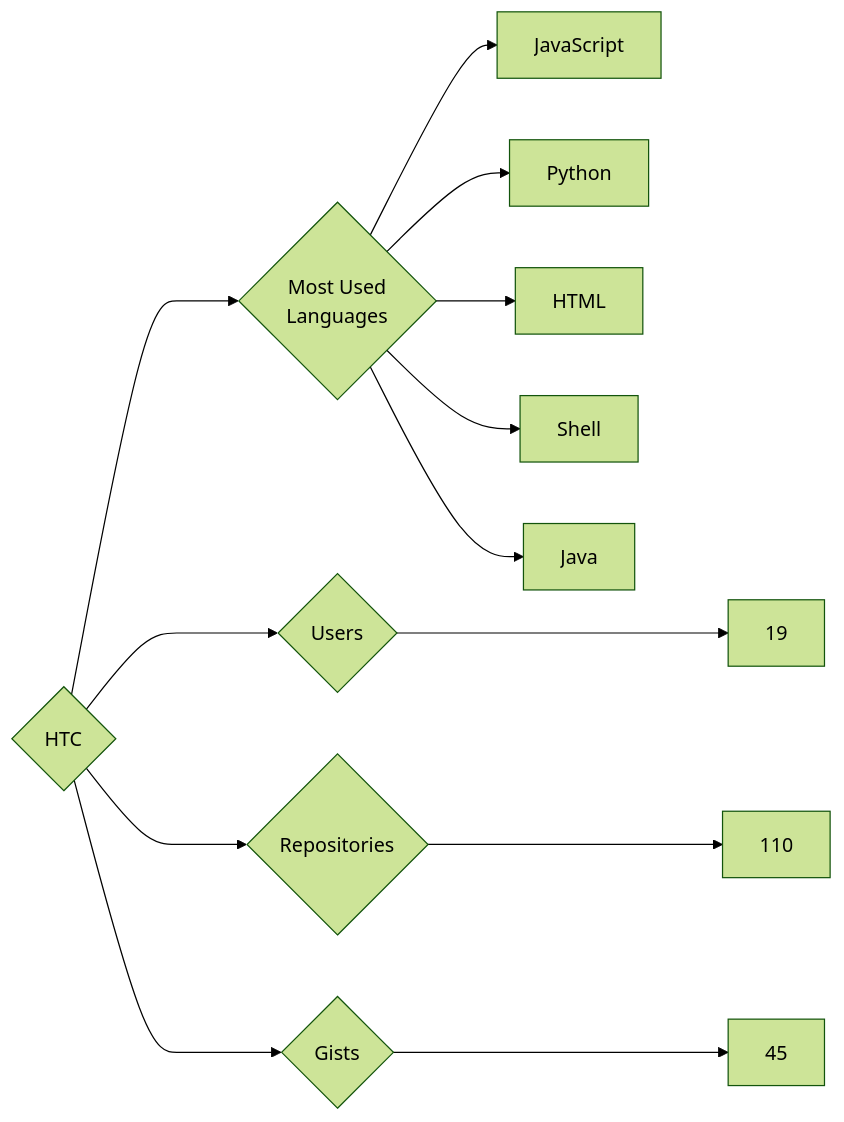
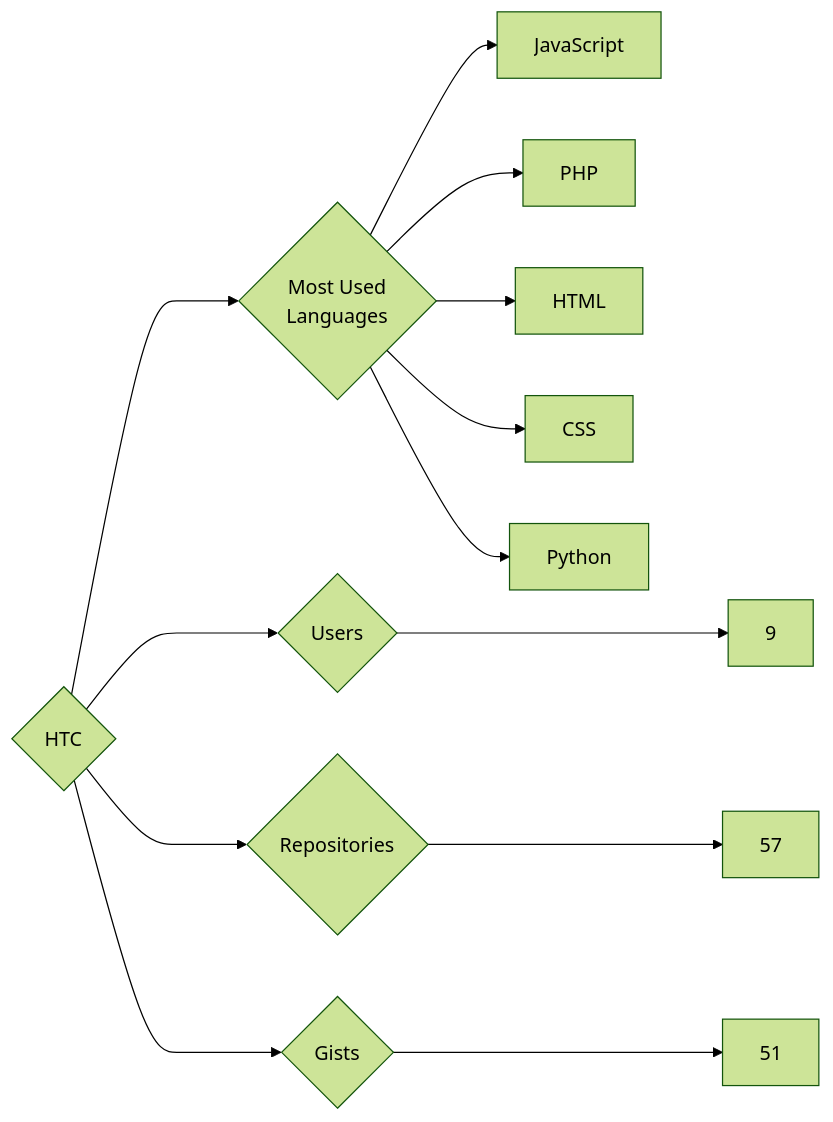
One commit to trickest/insiders changed the diagram in targets/HTC/README.md. Above: the diagram before and after it, drawn with Mermaid (forest theme). The commit also changed 748 other files, not shown here.

````diff
--- a/targets/HTC/README.md
+++ b/targets/HTC/README.md
@@ -3,13 +3,13 @@
 ```mermaid
 graph LR
 COMPANY_NAME{HTC}
-COMPANY_NAME ---> U{Users} ---> UN[19]
-COMPANY_NAME ---> R{Repositories} ---> RN[110]
-COMPANY_NAME ---> G{Gists} ---> GN[45]
+COMPANY_NAME ---> U{Users} ---> UN[9]
+COMPANY_NAME ---> R{Repositories} ---> RN[57]
+COMPANY_NAME ---> G{Gists} ---> GN[51]
 COMPANY_NAME ---> ML{Most Used<br>Languages}
 ML --> JavaScript[JavaScript]
+ML --> PHP[PHP]
+ML --> HTML[HTML]
+ML --> CSS[CSS]
 ML --> Python[Python]
-ML --> HTML[HTML]
-ML --> Shell[Shell]
-ML --> Java[Java]
 ```
````
